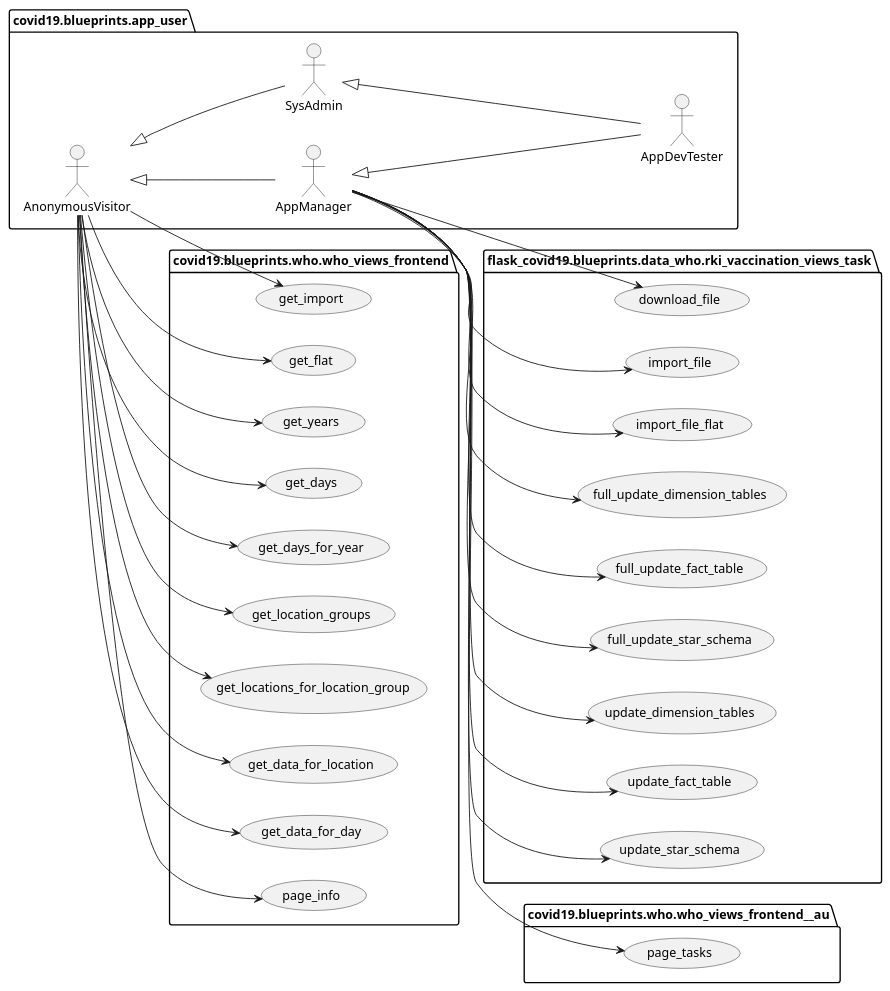
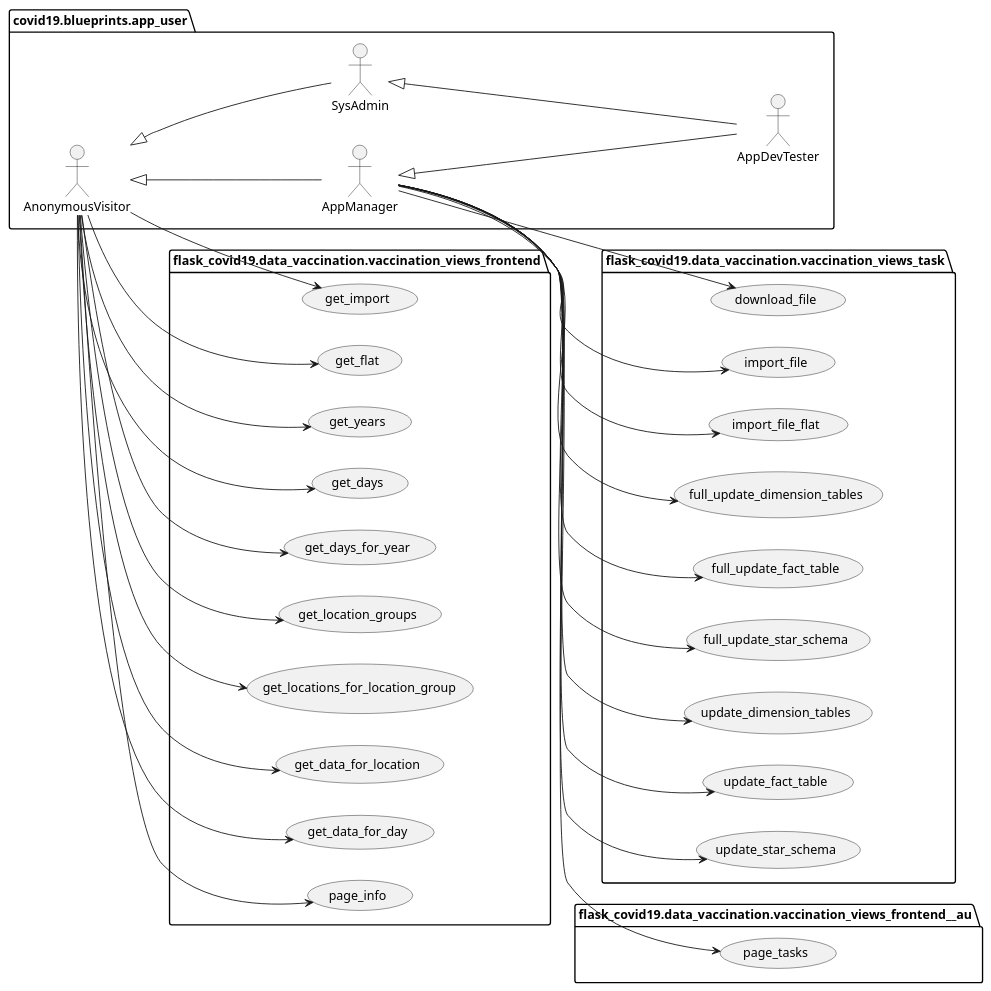
The diagram in docs/blueprints/data_vaccination/uml/rki_vaccination_use_cases.puml (thomaswoehlke/flask_covid19), drawn with PlantUML before and after one commit. The commit also changed 3 other files, not shown here.

```diff
--- a/docs/blueprints/data_vaccination/uml/rki_vaccination_use_cases.puml
+++ b/docs/blueprints/data_vaccination/uml/rki_vaccination_use_cases.puml
@@ -1,69 +1,69 @@
 @startuml
 left to right direction
 
 package covid19.blueprints.app_user {
 	actor AnonymousVisitor as vu
 	actor AppManager as au
 	actor SysAdmin as su
 	actor AppDevTester as du
 }
 
 package covid19.blueprints.app_user {
 	vu <|-- au
 	vu <|-- su
 	su <|-- du
 	au <|-- du
 }
 
-package flask_covid19.blueprints.data_who.rki_vaccination_views_task {
+package flask_covid19.data_vaccination.vaccination_views_task {
 	usecase download_file as UC1
 	usecase import_file as UC2
 	usecase import_file_flat as UC3
 	usecase full_update_dimension_tables as UC10
 	usecase full_update_fact_table as UC11
 	usecase full_update_star_schema as UC12
 	usecase update_dimension_tables as UC20
 	usecase update_fact_table as UC21
 	usecase update_star_schema as UC22
 }
 
 au --> UC1
 au --> UC2
 au --> UC3
 au --> UC10
 au --> UC11
 au --> UC12
 au --> UC20
 au --> UC21
 au --> UC22
 
-package covid19.blueprints.who.who_views_frontend {
+package flask_covid19.data_vaccination.vaccination_views_frontend {
 	usecase get_import as UC30
 	usecase get_flat as UC31
 	usecase get_years as UC40
 	usecase get_days as UC41
 	usecase get_days_for_year as UC42
 	usecase get_location_groups as UC43
 	usecase get_locations_for_location_group as UC44
 	usecase get_data_for_location as UC45
 	usecase get_data_for_day as UC46
     usecase page_info as UC80
 }
 
-package covid19.blueprints.who.who_views_frontend__au {
+package flask_covid19.data_vaccination.vaccination_views_frontend__au {
     usecase page_tasks as UC81
 }
 
 vu --> UC30
 vu --> UC31
 vu --> UC40
 vu --> UC41
 vu --> UC42
 vu --> UC43
 vu --> UC44
 vu --> UC45
 vu --> UC46
 vu --> UC80
 au --> UC81
 
 @enduml
```
